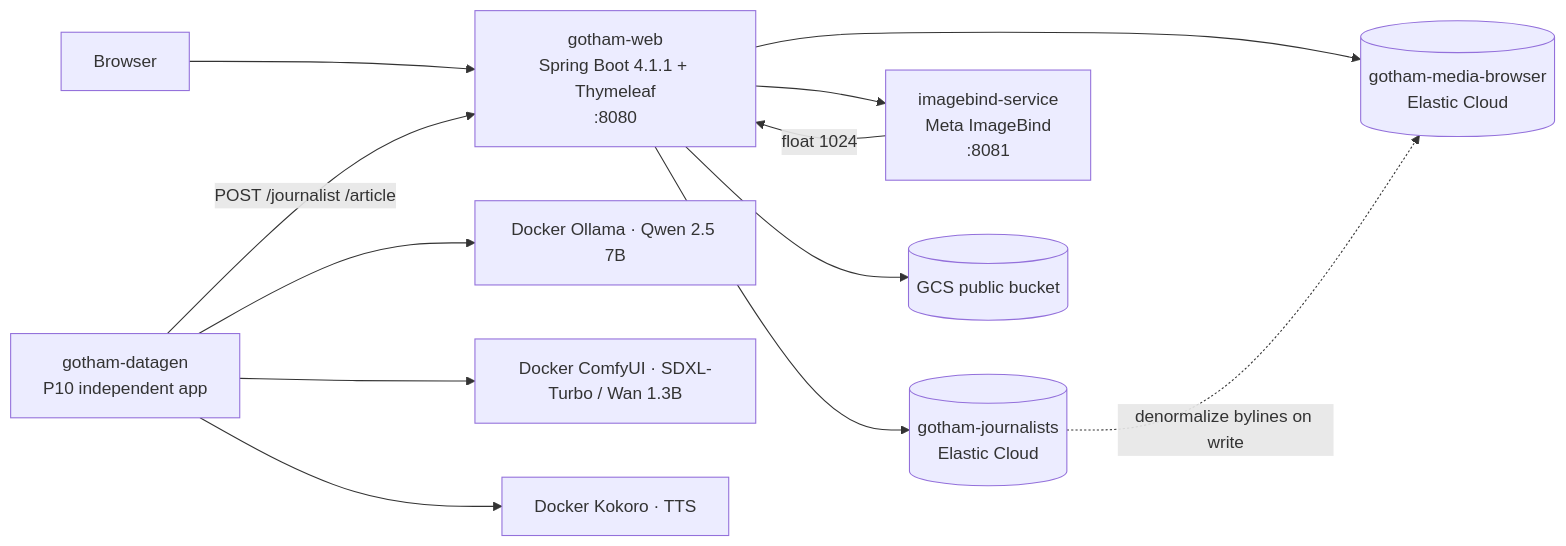
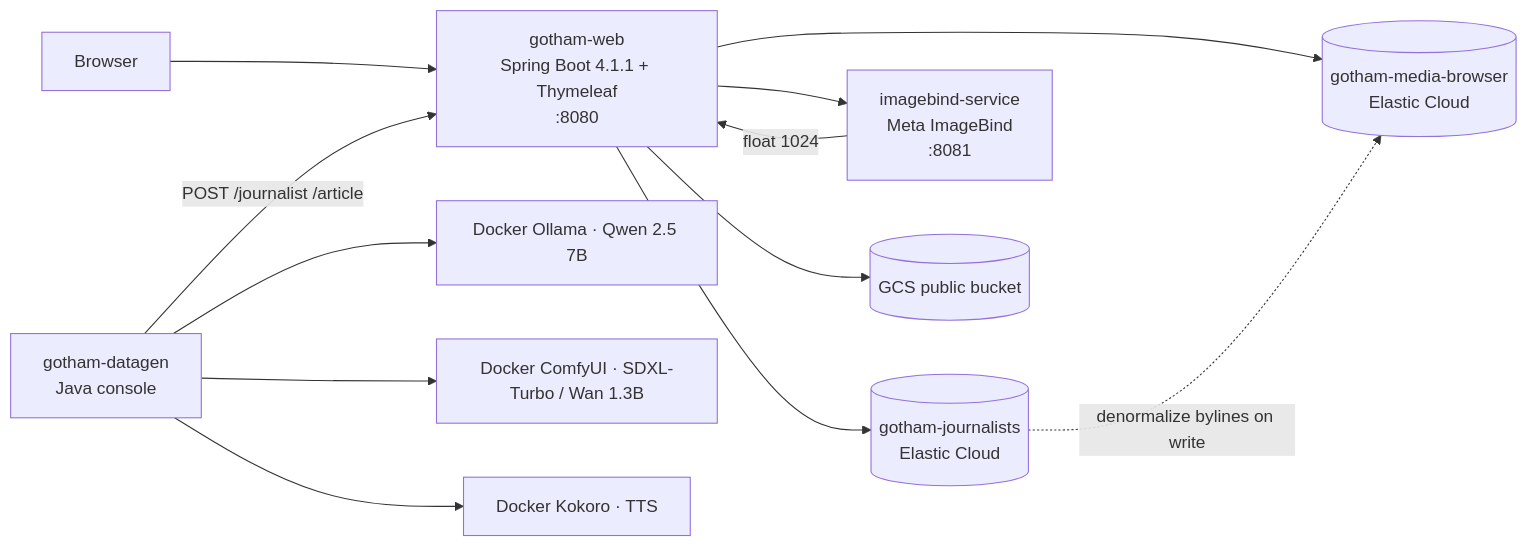
Before and after one commit to bigfito/gotham-media-browser: the first of 4 diagrams in docs/architecture-end-to-end.md, drawn with Mermaid. The commit also changed other lines of this file and 6 other files, not shown here.

First line of the commit message:
Make gotham-datagen a plain Java console app

````diff
--- a/docs/architecture-end-to-end.md
+++ b/docs/architecture-end-to-end.md
@@ -33,14 +33,14 @@
 ```mermaid
 flowchart LR
   U[Browser] --> WEB[gotham-web<br/>Spring Boot 4.1.1 + Thymeleaf<br/>:8080]
-  DG[gotham-datagen<br/>P10 independent app] -->|POST /journalist /article| WEB
+  DG[gotham-datagen<br/>Java console] -->|POST /journalist /article| WEB
   DG --> OLL[Docker Ollama · Qwen 2.5 7B]
   DG --> CFY[Docker ComfyUI · SDXL-Turbo / Wan 1.3B]
   DG --> KOK[Docker Kokoro · TTS]
   WEB --> JI[(gotham-journalists<br/>Elastic Cloud)]
   WEB --> AI[(gotham-media-browser<br/>Elastic Cloud)]
   WEB --> IB[imagebind-service<br/>Meta ImageBind<br/>:8081]
   WEB --> GCS[(GCS public bucket)]
   JI -.->|denormalize bylines on write| AI
   IB -->|float 1024| WEB
 ```
````
